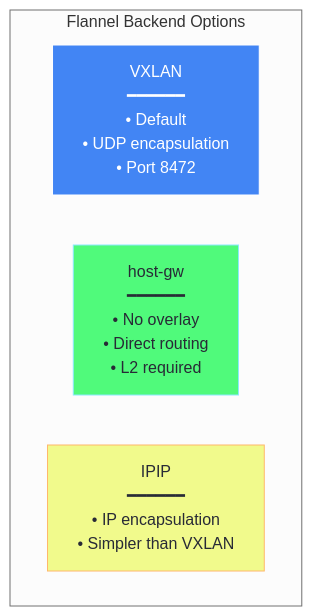
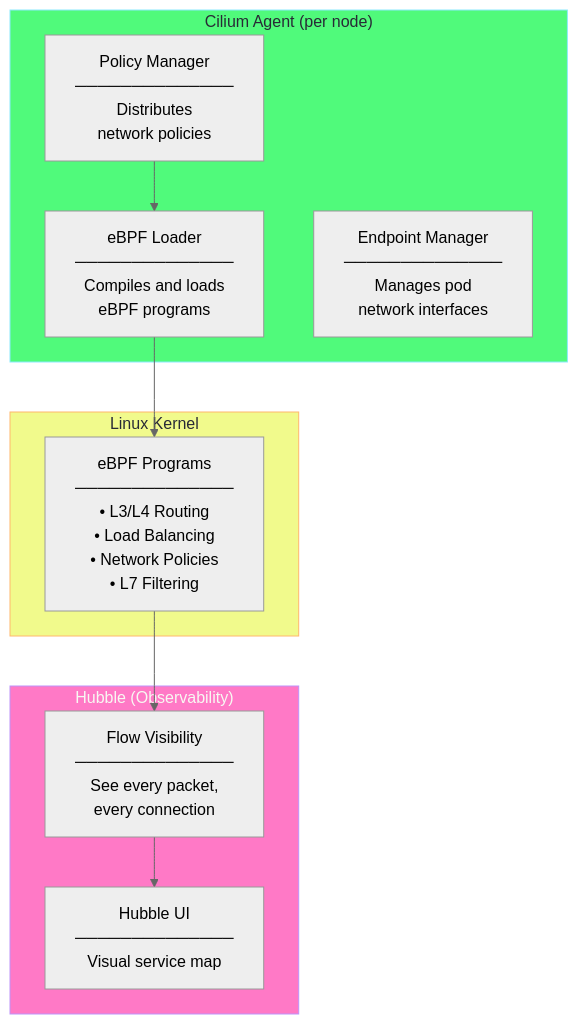
One commit to selvakumarperumal/k8s_minikube_learn changed the second of 3 diagrams in cni_networking/03-cni-plugins-deep-dive.md. Above: the diagram before and after it, drawn with Mermaid (neutral theme). The commit also changed other lines of this file and 4 other files, not shown here.

````diff
--- a/cni_networking/03-cni-plugins-deep-dive.md
+++ b/cni_networking/03-cni-plugins-deep-dive.md
@@ -184,14 +395,26 @@
 ```mermaid
 flowchart TB
-    subgraph Backends["Flannel Backend Options"]
-        VXLAN["VXLAN\n━━━━━━\n• Default\n• UDP encapsulation\n• Port 8472"]
-        
-        HostGW["host-gw\n━━━━━━\n• No overlay\n• Direct routing\n• L2 required"]
-        
-        IPIP["IPIP\n━━━━━━\n• IP encapsulation\n• Simpler than VXLAN"]
+    subgraph Kernel["Linux Kernel"]
+        eBPF["eBPF Programs<br/>──────────────<br/>• L3/L4 Routing<br/>• Load Balancing<br/>• Network Policies<br/>• L7 Filtering"]
     end
     
-    style VXLAN fill:#4285f4,stroke:#fff,color:#fff
-    style HostGW fill:#50fa7b,stroke:#8be9fd,color:#282a36
-    style IPIP fill:#f1fa8c,stroke:#ffb86c,color:#282a36
+    subgraph Agent["Cilium Agent (per node)"]
+        Loader["eBPF Loader<br/>──────────────<br/>Compiles and loads<br/>eBPF programs"]
+        Endpoint["Endpoint Manager<br/>──────────────<br/>Manages pod<br/>network interfaces"]
+        Policy["Policy Manager<br/>──────────────<br/>Distributes<br/>network policies"]
+    end
+    
+    subgraph Hubble["Hubble (Observability)"]
+        Flows["Flow Visibility<br/>──────────────<br/>See every packet,<br/>every connection"]
+        UI["Hubble UI<br/>──────────────<br/>Visual service map"]
+    end
+    
+    Loader --> eBPF
+    Policy --> Loader
+    eBPF --> Flows
+    Flows --> UI
+    
+    style Kernel fill:#f1fa8c,stroke:#ffb86c,color:#282a36
+    style Agent fill:#50fa7b,stroke:#8be9fd,color:#282a36
+    style Hubble fill:#ff79c6,stroke:#bd93f9,color:#f8f8f2
 ```
````
